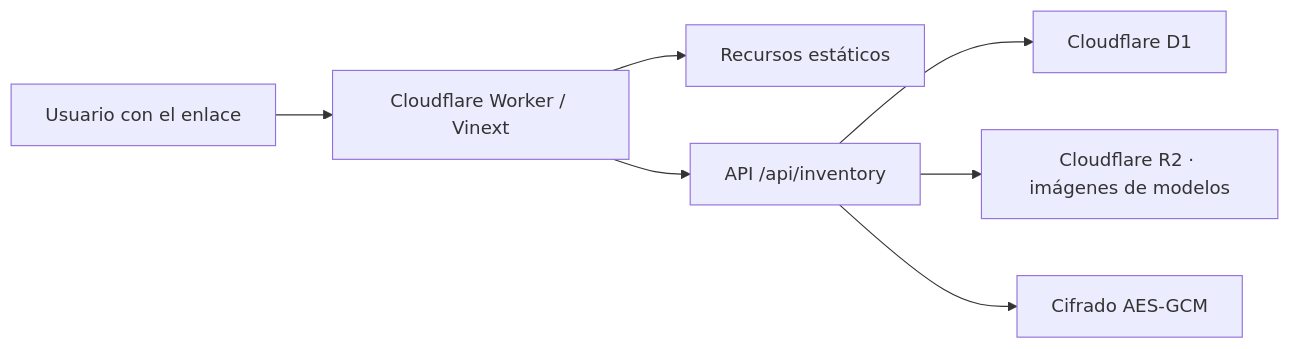
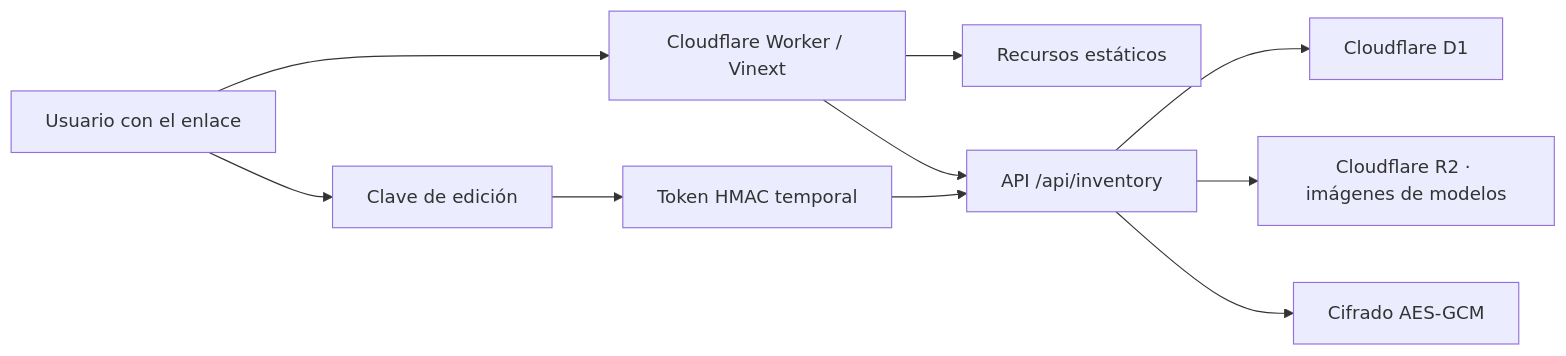
One commit to GersonPc/inventario-dollar changed the diagram in docs/GUIA_TECNICA.md. Above: the diagram before and after it, drawn with Mermaid. The commit also changed other lines of this file and 18 other files, not shown here.

````diff
--- a/docs/GUIA_TECNICA.md
+++ b/docs/GUIA_TECNICA.md
@@ -5,9 +5,12 @@
 ```mermaid
 flowchart LR
     U["Usuario con el enlace"] --> W["Cloudflare Worker / Vinext"]
     W --> S["Recursos estáticos"]
     W --> API["API /api/inventory"]
+    U --> K["Clave de edición"]
+    K --> T["Token HMAC temporal"]
+    T --> API
     API --> D1["Cloudflare D1"]
     API --> R2["Cloudflare R2 · imágenes de modelos"]
     API --> C["Cifrado AES-GCM"]
 ```
````
